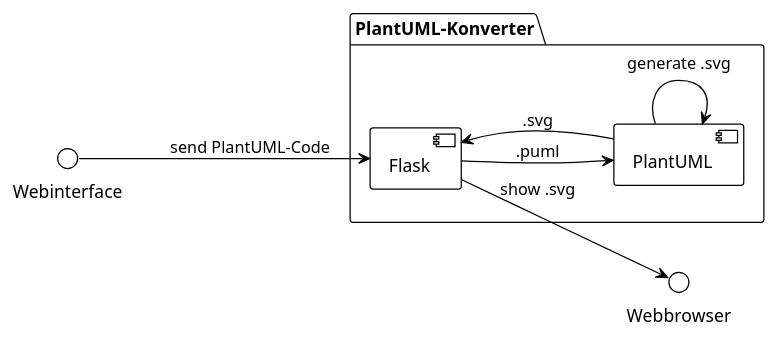
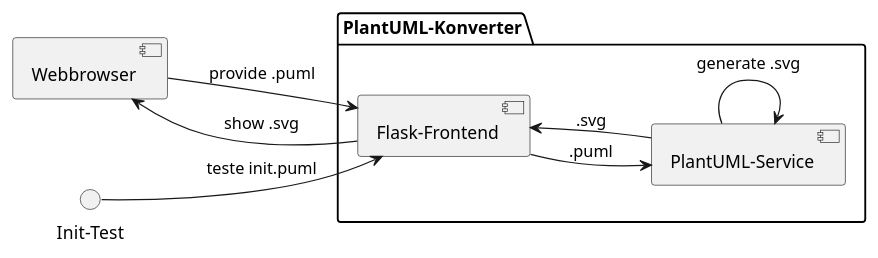
One commit to Kadawra/plantuml-web changed the diagram in flask-frontend/init.puml. Above: the diagram before and after it, drawn with PlantUML. The commit also changed 4 other files, not shown here.

```diff
--- a/flask-frontend/init.puml
+++ b/flask-frontend/init.puml
@@ -1,14 +1,14 @@
 @startuml
-!theme plain
 left to right direction
-package "PlantUML-Konverter"{
-component "Flask" as Frontend
-component "PlantUML" as Backend
-
+package "PlantUML-Konverter"{    
+    component "Flask-Frontend" as Frontend
+    component "PlantUML-Service" as Backend
 }
-Webinterface --> Frontend : "send PlantUML-Code"
+component "Webbrowser" as Webinterface
+"Init-Test" --> Frontend : "teste init.puml"
+Webinterface --> Frontend : "provide .puml"
 Frontend --> Backend : ".puml"
 Backend --> Frontend : ".svg"
 Backend --> Backend : "generate .svg"
-Frontend --> Webbrowser : "show .svg"
+Frontend --> Webinterface : "show .svg"
 @enduml
```
